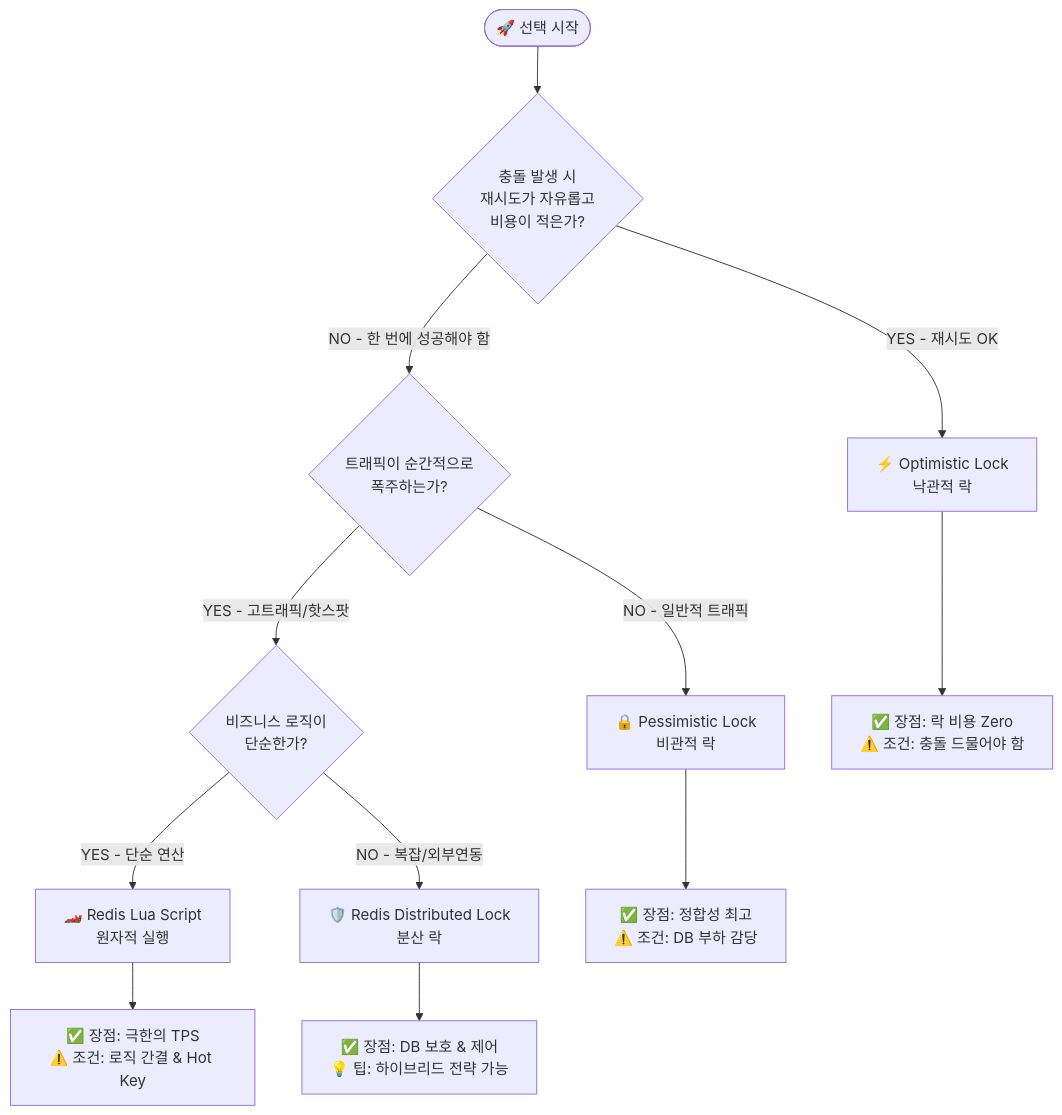
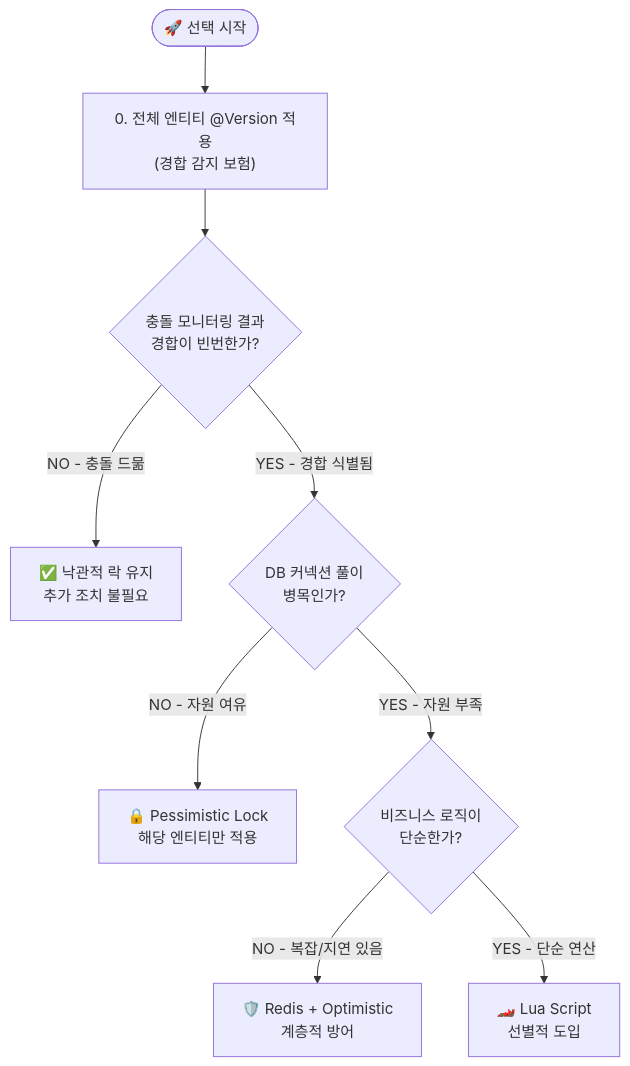
One commit to JuJin1324/concurrency-control-poc changed the second of 2 diagrams in README.md. Above: the diagram before and after it, drawn with Mermaid. The commit also changed other lines of this file and 2 other files, not shown here.

````diff
--- a/README.md
+++ b/README.md
@@ -90,18 +117,15 @@
 ```mermaid
 flowchart TD
-    Start([🚀 선택 시작]) --> Q1{충돌 발생 시<br/>재시도가 자유롭고<br/>비용이 적은가?}
-    
-    Q1 -- "YES - 재시도 OK" --> Optimistic["⚡ Optimistic Lock<br/>낙관적 락"]
-    Q1 -- "NO - 한 번에 성공해야 함" --> Q2{트래픽이 순간적으로<br/>폭주하는가?}
-    
-    Q2 -- "NO - 일반적 트래픽" --> Pessimistic["🔒 Pessimistic Lock<br/>비관적 락"]
-    Q2 -- "YES - 고트래픽/핫스팟" --> Q3{비즈니스 로직이<br/>단순한가?}
-    
-    Q3 -- "YES - 단순 연산" --> LuaScript["🏎️ Redis Lua Script<br/>원자적 실행"]
-    Q3 -- "NO - 복잡/외부연동" --> RedisLock["🛡️ Redis Distributed Lock<br/>분산 락"]
-    
-    Optimistic --> Result1["✅ 장점: 락 비용 Zero<br/>⚠️ 조건: 충돌 드물어야 함"]
-    Pessimistic --> Result2["✅ 장점: 정합성 최고<br/>⚠️ 조건: DB 부하 감당"]
-    LuaScript --> Result3["✅ 장점: 극한의 TPS<br/>⚠️ 조건: 로직 간결 & Hot Key"]
-    RedisLock --> Result4["✅ 장점: DB 보호 & 제어<br/>💡 팁: 하이브리드 전략 가능"]
+    Start([🚀 선택 시작]) --> Base["0. 전체 엔티티 @Version 적용<br/>(경합 감지 보험)"]
+
+    Base --> Monitor{"충돌 모니터링 결과<br/>경합이 빈번한가?"}
+
+    Monitor -- "NO - 충돌 드묾" --> Keep["✅ 낙관적 락 유지<br/>추가 조치 불필요"]
+    Monitor -- "YES - 경합 식별됨" --> Q1{DB 커넥션 풀이<br/>병목인가?}
+
+    Q1 -- "NO - 자원 여유" --> Pessimistic["🔒 Pessimistic Lock<br/>해당 엔티티만 적용"]
+    Q1 -- "YES - 자원 부족" --> Q2{비즈니스 로직이<br/>단순한가?}
+
+    Q2 -- "NO - 복잡/지연 있음" --> RedisOpt["🛡️ Redis + Optimistic<br/>계층적 방어"]
+    Q2 -- "YES - 단순 연산" --> LuaScript["🏎️ Lua Script<br/>선별적 도입"]
 ```
````
